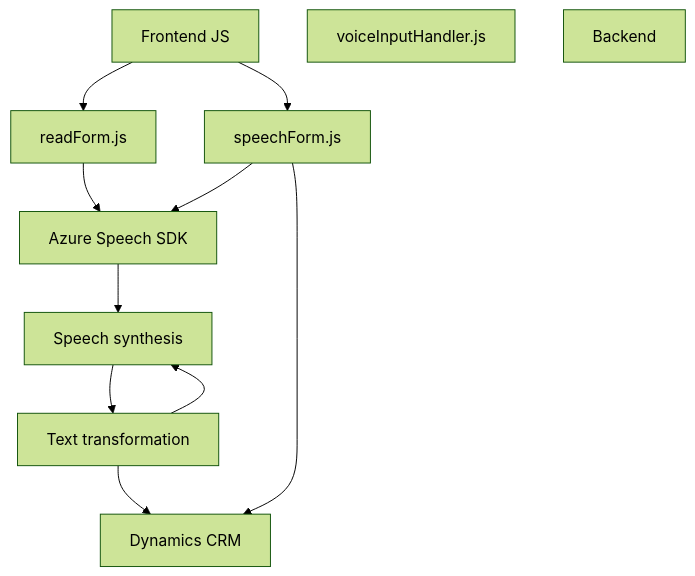
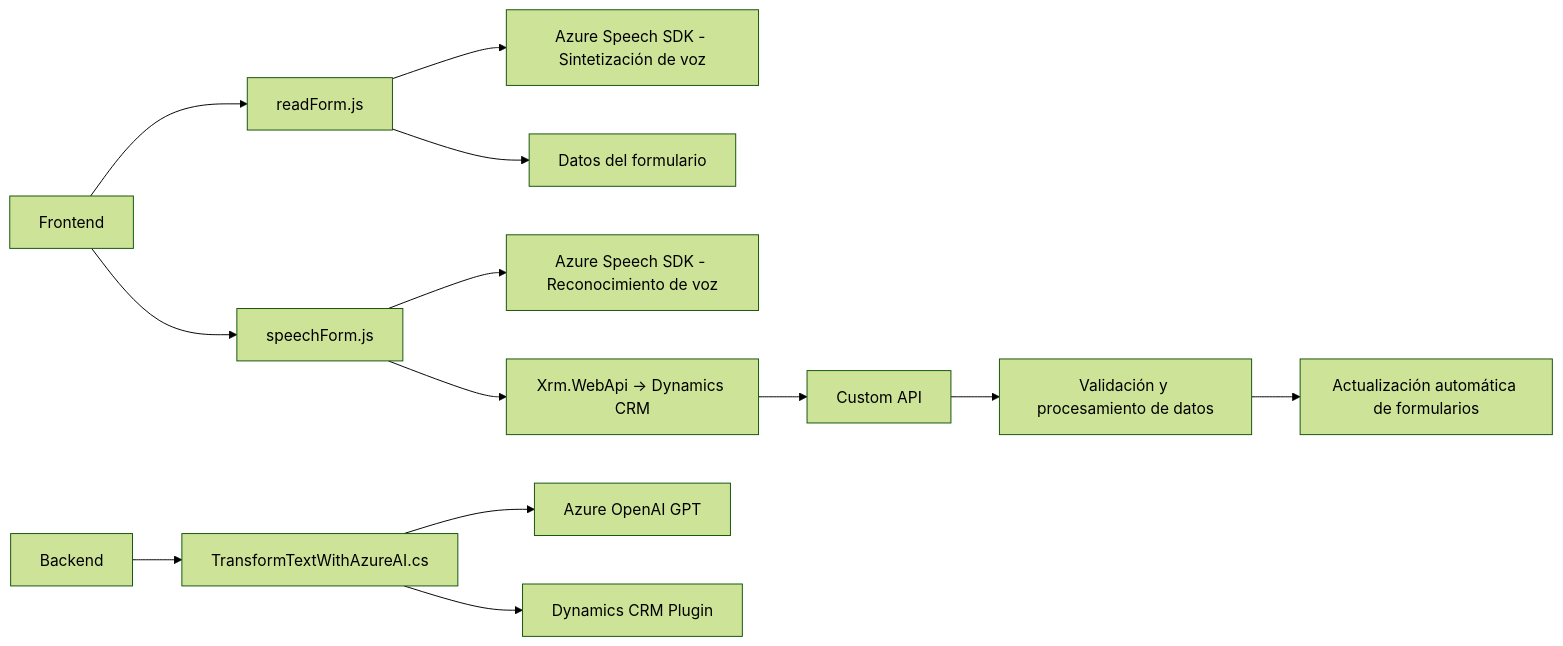
Before and after one commit to blopezdm/NETCORE_BILBAO2025: the diagram in README.md, drawn with Mermaid (forest theme). The commit also changed other lines of this file, not shown here.

````diff
--- a/README.md
+++ b/README.md
@@ -41,22 +46,17 @@
 ```mermaid
-graph TD
-    A["Frontend JS"]
-    B["readForm.js"]
-    C["speechForm.js"]
-    D["voiceInputHandler.js"]
-    E["Backend"]
-    F["TransformTextWithAzureAI.cs"]
-    G["Azure Speech SDK"]
-    H["Azure OpenAI API"]
-    I["Dynamics CRM"]
-    
-    A --> B
-    A --> C
-    B --> G
-    C --> G
-    G --> H["Speech synthesis"]
-    H --> F["Text transformation"]
-    C --> I
-    F --> H
-    F --> I
+graph LR
+    A["Frontend"] --> B["readForm.js"]
+    A --> C["speechForm.js"]
+    C --> D["Azure Speech SDK - Reconocimiento de voz"]
+    B --> E["Azure Speech SDK - Sintetización de voz"]
+    C --> F["Xrm.WebApi -> Dynamics CRM"]
+    F --> G["Custom API"]
+    B --> H["Datos del formulario"]
+
+    G --> I["Validación y procesamiento de datos"]
+    I --> J["Actualización automática de formularios"]
+
+    Backend --> K["TransformTextWithAzureAI.cs"]
+    K --> L["Azure OpenAI GPT"]
+    K --> M["Dynamics CRM Plugin"]
 ```
````
